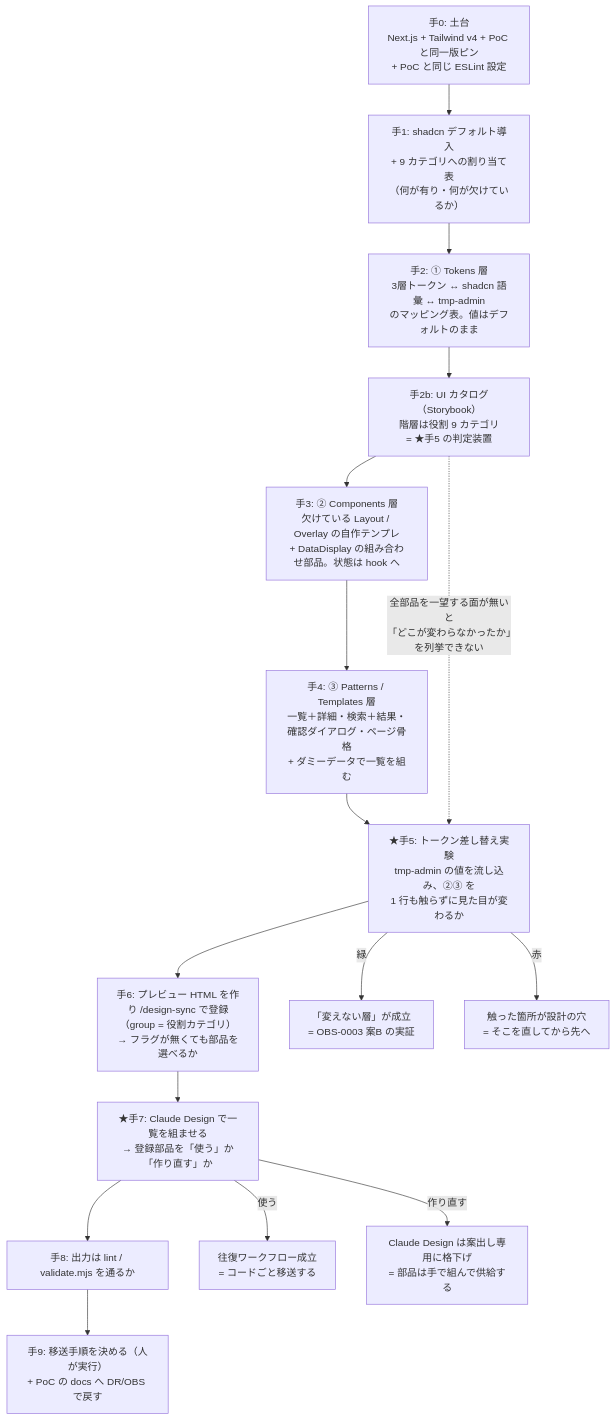
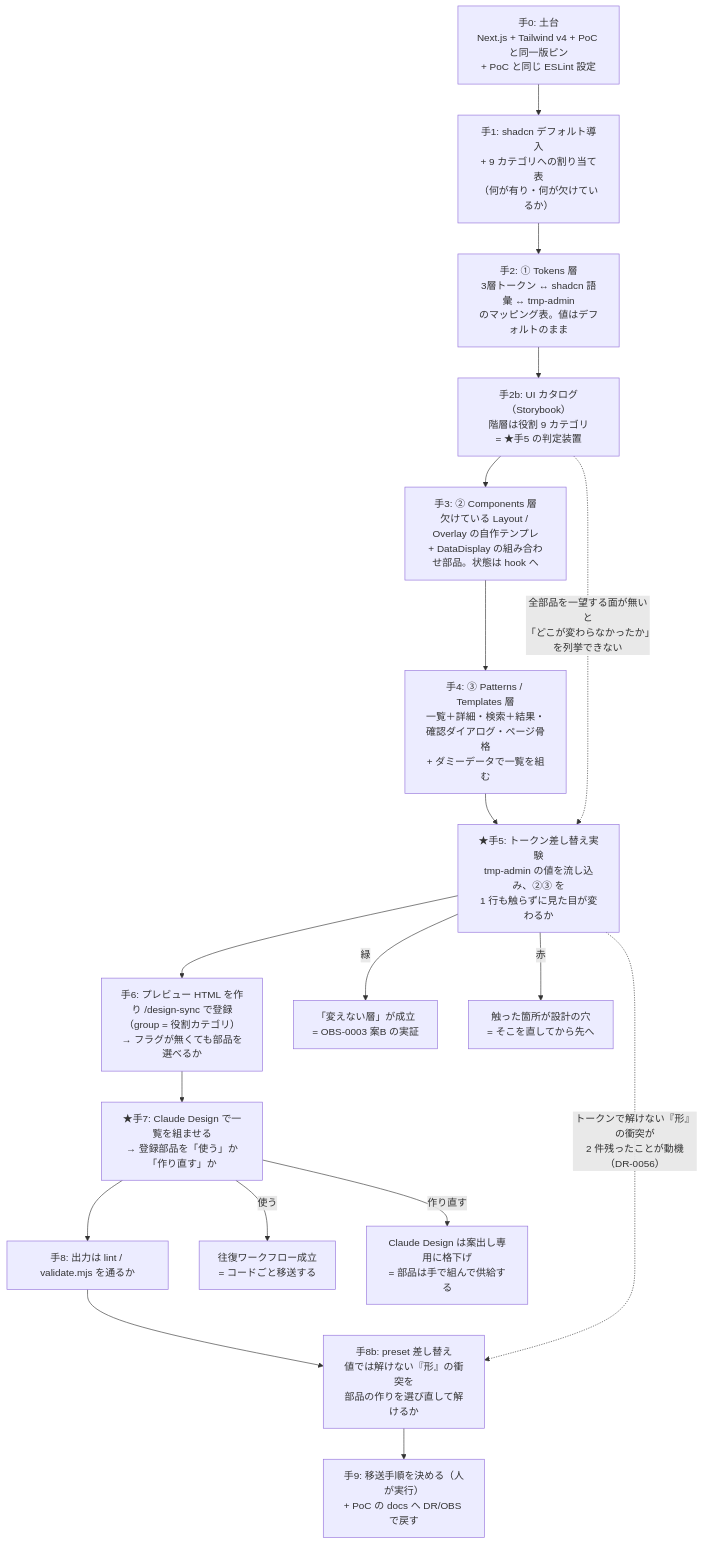
The third of 3 diagrams in docs/UI検証の位置づけと段取り.md (yatami0/design), drawn with Mermaid before and after one commit. The commit also changed other lines of this file and 1 other file, not shown here.

First line of the commit message:
docs: preset 差し替えを独立した手（手8b）として定義した（DR-0056）

````diff
--- a/docs/UI検証の位置づけと段取り.md
+++ b/docs/UI検証の位置づけと段取り.md
@@ -140,22 +140,24 @@
 ```mermaid
 flowchart TD
   H0["手0: 土台<br/>Next.js + Tailwind v4 + PoC と同一版ピン<br/>+ PoC と同じ ESLint 設定"]
   H1["手1: shadcn デフォルト導入<br/>+ 9 カテゴリへの割り当て表<br/>（何が有り・何が欠けているか）"]
   H2["手2: ① Tokens 層<br/>3層トークン ↔ shadcn 語彙 ↔ tmp-admin<br/>のマッピング表。値はデフォルトのまま"]
   H2B["手2b: UI カタログ（Storybook）<br/>階層は役割 9 カテゴリ<br/>= ★手5 の判定装置"]
   H3["手3: ② Components 層<br/>欠けている Layout / Overlay の自作テンプレ<br/>+ DataDisplay の組み合わせ部品。状態は hook へ"]
   H4["手4: ③ Patterns / Templates 層<br/>一覧＋詳細・検索＋結果・確認ダイアログ・ページ骨格<br/>+ ダミーデータで一覧を組む"]
   H5["★手5: トークン差し替え実験<br/>tmp-admin の値を流し込み、②③ を<br/>1 行も触らずに見た目が変わるか"]
   H6["手6: プレビュー HTML を作り /design-sync で登録<br/>（group = 役割カテゴリ）<br/>→ フラグが無くても部品を選べるか"]
   H7["★手7: Claude Design で一覧を組ませる<br/>→ 登録部品を「使う」か「作り直す」か"]
   H8["手8: 出力は lint / validate.mjs を通るか"]
+  H8B["手8b: preset 差し替え<br/>値では解けない『形』の衝突を<br/>部品の作りを選び直して解けるか"]
   H9["手9: 移送手順を決める（人が実行）<br/>+ PoC の docs へ DR/OBS で戻す"]
 
-  H0 --> H1 --> H2 --> H2B --> H3 --> H4 --> H5 --> H6 --> H7 --> H8 --> H9
+  H0 --> H1 --> H2 --> H2B --> H3 --> H4 --> H5 --> H6 --> H7 --> H8 --> H8B --> H9
   H2B -. "全部品を一望する面が無いと<br/>「どこが変わらなかったか」を列挙できない" .-> H5
+  H5 -. "トークンで解けない『形』の衝突が<br/>2 件残ったことが動機（DR-0056）" .-> H8B
 
   H5 -- "緑" --> OK5["「変えない層」が成立<br/>= OBS-0003 案B の実証"]
   H5 -- "赤" --> NG5["触った箇所が設計の穴<br/>= そこを直してから先へ"]
   H7 -- "使う" --> OK7["往復ワークフロー成立<br/>= コードごと移送する"]
   H7 -- "作り直す" --> NG7["Claude Design は案出し専用に格下げ<br/>= 部品は手で組んで供給する"]
 ```
````
